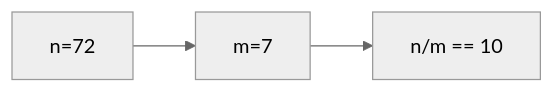
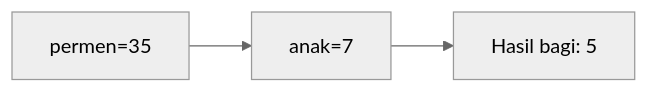
One commit to amnahwaida/OSNK_INF_PREP changed the tenth of 25 diagrams in part-c-pemahaman-cpp/01-tipe-data/latihan/set-08.md. Above: the diagram before and after it, drawn with Mermaid (neutral theme). The commit also changed other lines of this file and 71 other files, not shown here.

````diff
--- a/part-c-pemahaman-cpp/01-tipe-data/latihan/set-08.md
+++ b/part-c-pemahaman-cpp/01-tipe-data/latihan/set-08.md
@@ -239,5 +279,5 @@
 ```mermaid
 graph LR
-A["n=72"] --> B["m=7"]
-B --> C["n/m == 10"]
+A["permen=35"] --> B["anak=7"]
+B --> C["Hasil bagi: 5"]
 ```
````
